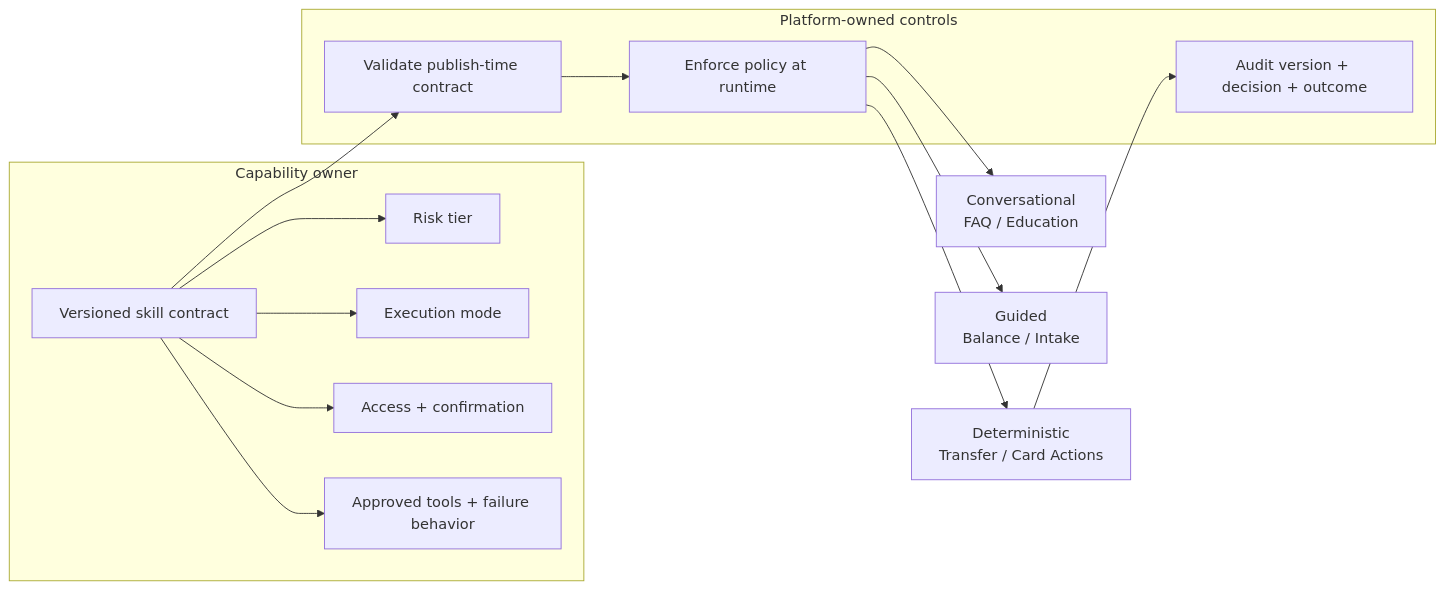
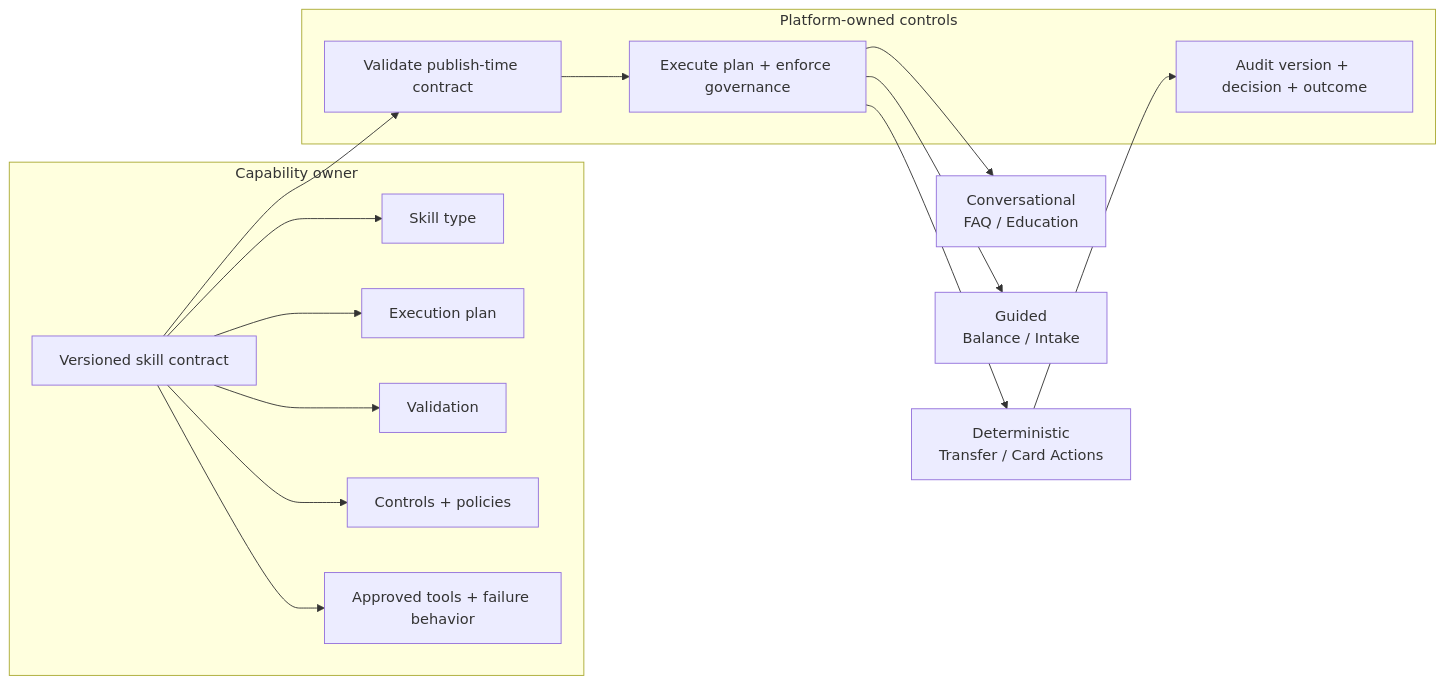
Before and after one commit to bhochhi/nexus: the third of 14 diagrams in docs/Agentic_Chat_Architecture_Deck.md, drawn with Mermaid. The commit also changed other lines of this file, not shown here.

Commit message:
refactor: update terminology from jobs to goals in architecture deck

````diff
--- a/docs/Agentic_Chat_Architecture_Deck.md
+++ b/docs/Agentic_Chat_Architecture_Deck.md
@@ -88,23 +88,24 @@
 ```mermaid
 flowchart LR
     subgraph Business[Capability owner]
         SK[Versioned skill contract]
-        SK --> RT[Risk tier]
-        SK --> EM[Execution mode]
-        SK --> AC[Access + confirmation]
+        SK --> TY[Skill type]
+        SK --> EP[Execution plan]
+        SK --> VA[Validation]
+        SK --> CP[Controls + policies]
         SK --> TL[Approved tools + failure behavior]
     end
 
     subgraph Platform[Platform-owned controls]
-        VA[Validate publish-time contract]
-        PE[Enforce policy at runtime]
+        PC[Validate publish-time contract]
+        PE[Execute plan + enforce governance]
         AU[Audit version + decision + outcome]
     end
 
-    SK --> VA
-    VA --> PE
+    SK --> PC
+    PC --> PE
     PE --> C[Conversational\nFAQ / Education]
     PE --> G[Guided\nBalance / Intake]
     PE --> X[Deterministic\nTransfer / Card Actions]
     X --> AU
 ```
````
